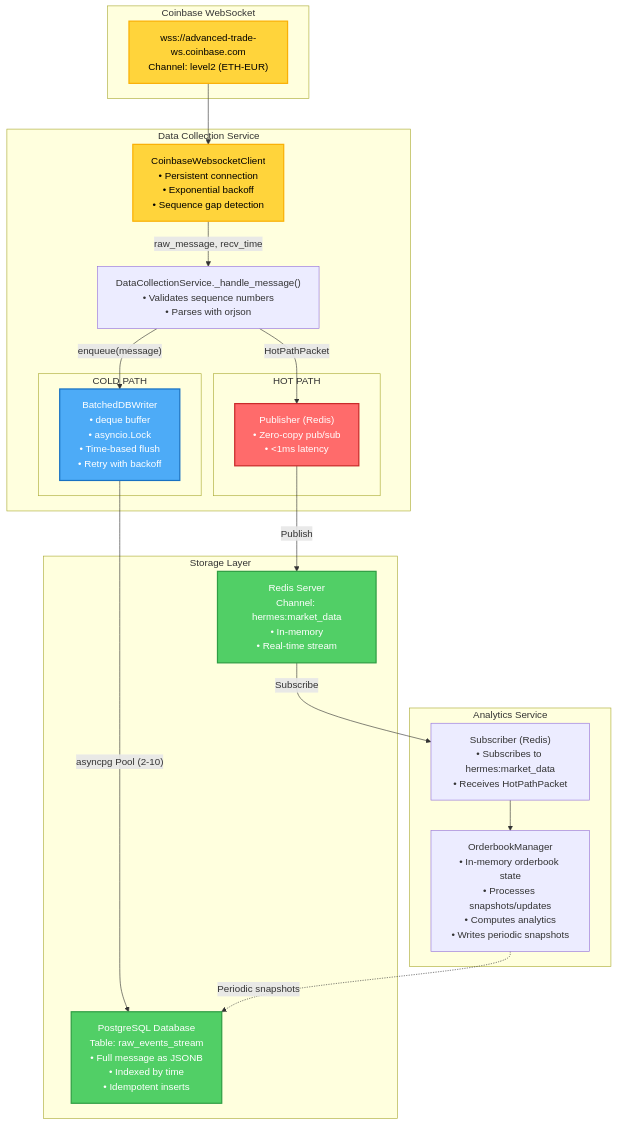
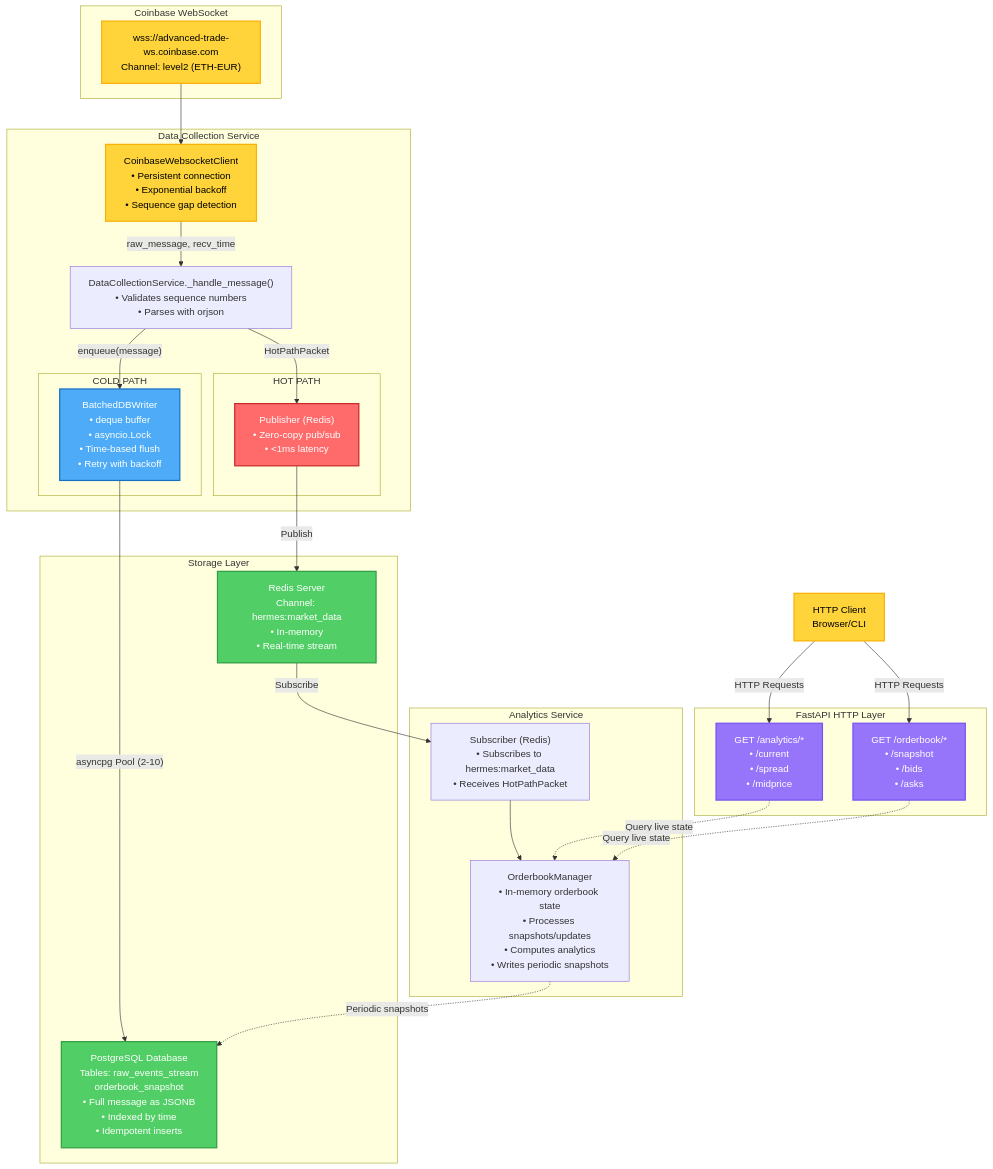
One commit to cayopolo/hermes-market-engine changed the diagram in docs/current_architecture.md. Above: the diagram before and after it, drawn with Mermaid. The commit also changed other lines of this file and 1 other file, not shown here.

Commit message:
docs: update docs with API layer

````diff
--- a/docs/current_architecture.md
+++ b/docs/current_architecture.md
@@ -40,54 +42,67 @@
 ```mermaid
 graph TB
     subgraph Coinbase["Coinbase WebSocket"]
         WS["wss://advanced-trade-ws.coinbase.com<br/>Channel: level2 (ETH-EUR)"]
     end
 
     subgraph DataCollection["Data Collection Service"]
         WSClient["CoinbaseWebsocketClient<br/>• Persistent connection<br/>• Exponential backoff<br/>• Sequence gap detection"]
 
         Handler["DataCollectionService._handle_message()<br/>• Validates sequence numbers<br/>• Parses with orjson"]
 
         subgraph HotPath["HOT PATH"]
             Publisher["Publisher (Redis)<br/>• Zero-copy pub/sub<br/>• &lt;1ms latency"]
         end
 
         subgraph ColdPath["COLD PATH"]
             BatchWriter["BatchedDBWriter<br/>• deque buffer<br/>• asyncio.Lock<br/>• Time-based flush<br/>• Retry with backoff"]
         end
 
         WSClient -->|"raw_message, recv_time"| Handler
         Handler -->|"HotPathPacket"| Publisher
         Handler -->|"enqueue(message)"| BatchWriter
     end
 
     subgraph Storage["Storage Layer"]
         Redis["Redis Server<br/>Channel: hermes:market_data<br/>• In-memory<br/>• Real-time stream"]
 
-        Postgres["PostgreSQL Database<br/>Table: raw_events_stream<br/>• Full message as JSONB<br/>• Indexed by time<br/>• Idempotent inserts"]
+        Postgres["PostgreSQL Database<br/>Tables: raw_events_stream<br/>orderbook_snapshot<br/>• Full message as JSONB<br/>• Indexed by time<br/>• Idempotent inserts"]
     end
 
     subgraph Analytics["Analytics Service"]
         Subscriber["Subscriber (Redis)<br/>• Subscribes to hermes:market_data<br/>• Receives HotPathPacket"]
 
         OrderbookMgr["OrderbookManager<br/>• In-memory orderbook state<br/>• Processes snapshots/updates<br/>• Computes analytics<br/>• Writes periodic snapshots"]
 
         Subscriber --> OrderbookMgr
     end
 
+    subgraph API["FastAPI HTTP Layer"]
+        AnalyticsAPI["GET /analytics/*<br/>• /current<br/>• /spread<br/>• /midprice"]
+        OrderbookAPI["GET /orderbook/*<br/>• /snapshot<br/>• /bids<br/>• /asks"]
+    end
+
+    Client["HTTP Client<br/>Browser/CLI"]
+
     WS --> WSClient
     Publisher -->|"Publish"| Redis
     BatchWriter -->|"asyncpg Pool (2-10)"| Postgres
     Redis -->|"Subscribe"| Subscriber
     OrderbookMgr -.->|"Periodic snapshots"| Postgres
+    Client -->|"HTTP Requests"| AnalyticsAPI
+    Client -->|"HTTP Requests"| OrderbookAPI
+    AnalyticsAPI -.->|"Query live state"| OrderbookMgr
+    OrderbookAPI -.->|"Query live state"| OrderbookMgr
 
     classDef hotPath fill:#ff6b6b,stroke:#c92a2a,stroke-width:2px,color:#fff
     classDef coldPath fill:#4dabf7,stroke:#1971c2,stroke-width:2px,color:#fff
     classDef storage fill:#51cf66,stroke:#2f9e44,stroke-width:2px,color:#fff
     classDef external fill:#ffd43b,stroke:#fab005,stroke-width:2px,color:#000
+    classDef api fill:#9775fa,stroke:#7950f2,stroke-width:2px,color:#fff
 
     class Publisher hotPath
     class BatchWriter coldPath
     class Redis,Postgres storage
-    class WS,WSClient external
+    class WS,WSClient,Client external
+    class AnalyticsAPI,OrderbookAPI api
 ```
````
